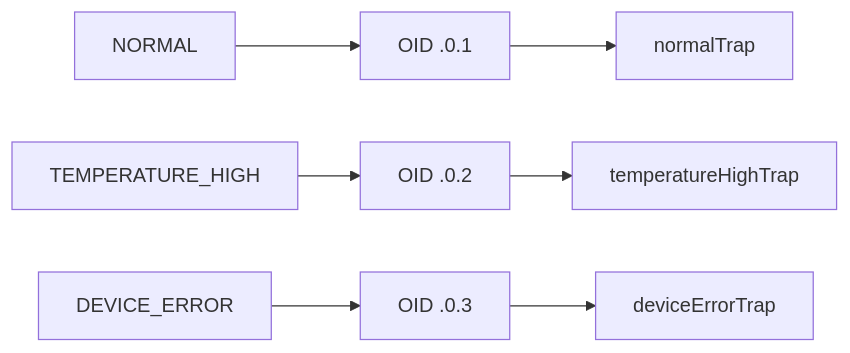
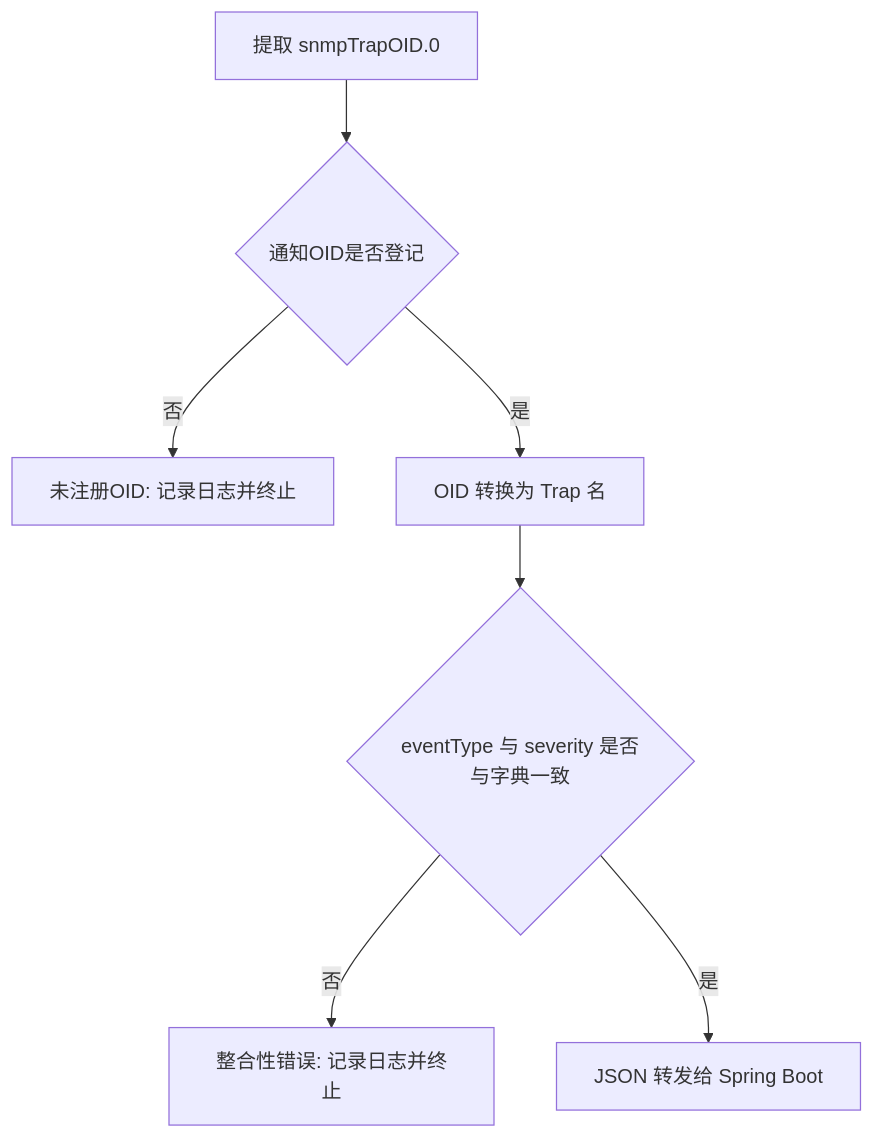
One commit to seki999/DialogueFlow_GitHub_OnLine changed the diagram in slides/snmp-trap-demo-course/12.md. Above: the diagram before and after it, drawn with Mermaid. The commit also changed other lines of this file and 56 other files, not shown here.

````diff
--- a/slides/snmp-trap-demo-course/12.md
+++ b/slides/snmp-trap-demo-course/12.md
@@ -5,9 +5,9 @@
 ```mermaid
-flowchart LR
-    E1[NORMAL] --> O1[OID .0.1]
-    E2[TEMPERATURE_HIGH] --> O2[OID .0.2]
-    E3[DEVICE_ERROR] --> O3[OID .0.3]
-    O1 --> N1[normalTrap]
-    O2 --> N2[temperatureHighTrap]
-    O3 --> N3[deviceErrorTrap]
+flowchart TD
+    A[提取 snmpTrapOID.0] --> B{通知OID是否登记}
+    B -- 否 --> X[未注册OID: 记录日志并终止]
+    B -- 是 --> C[OID 转换为 Trap 名]
+    C --> D{eventType 与 severity 是否与字典一致}
+    D -- 否 --> Y[整合性错误: 记录日志并终止]
+    D -- 是 --> E[JSON 转发给 Spring Boot]
 ```
````
